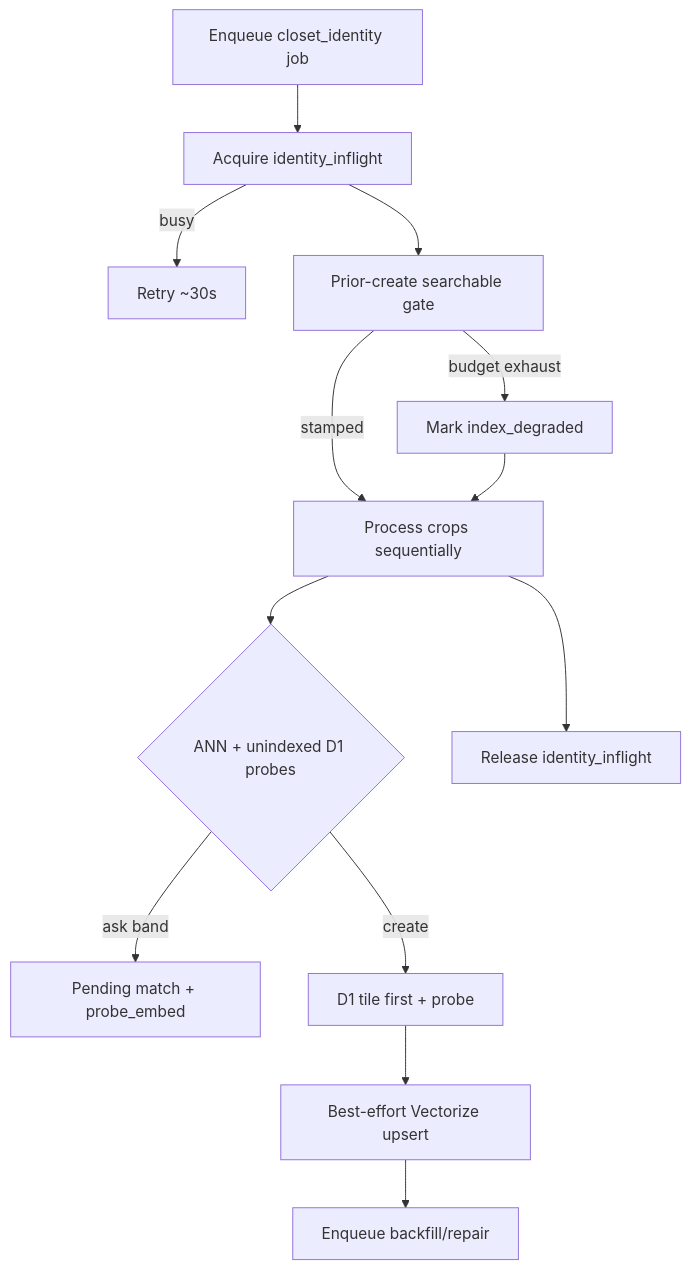
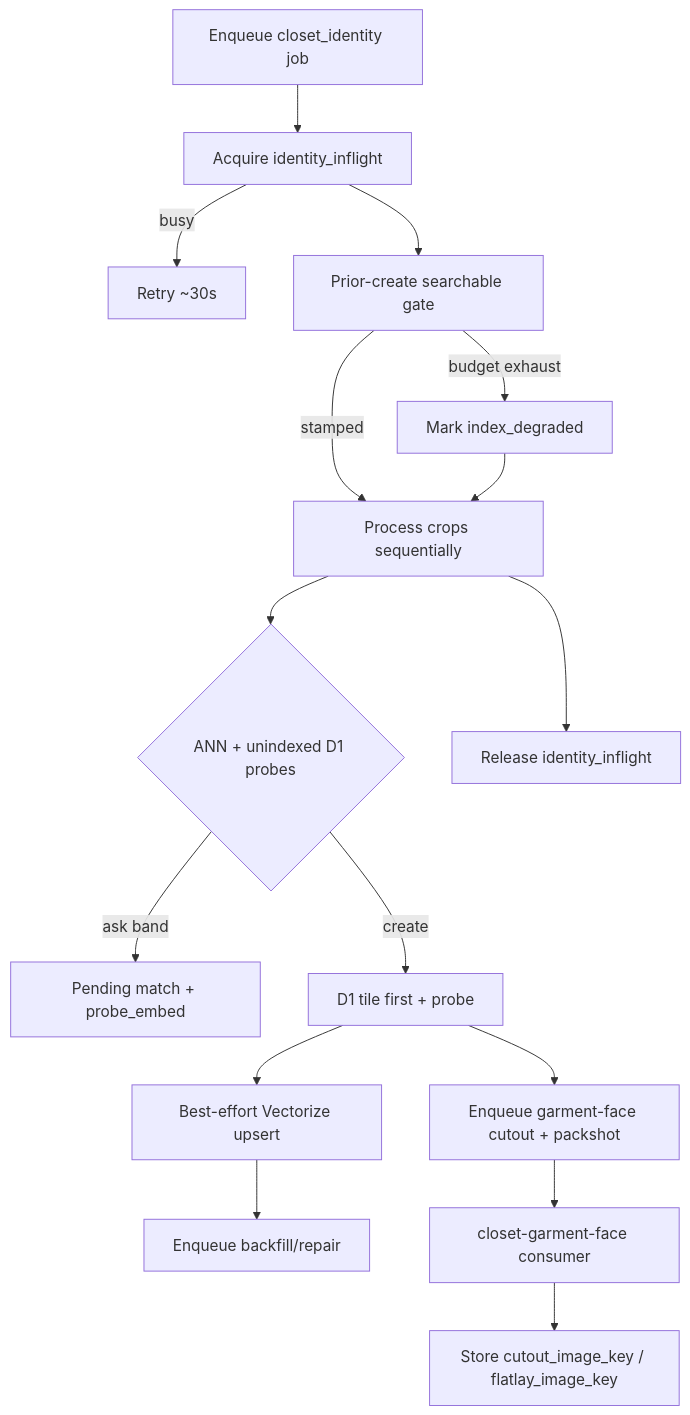
The diagram in docs/outfit_identity_flow.md (Rouche01/stylens-lite-api), drawn with Mermaid before and after one commit. The commit also changed other lines of this file and 9 other files, not shown here.

Commit message:
feat: add generative packshot functionality for garment faces, enhancing closet item processing with new queue integration and improved handling of display faces in outfit identity flow

````diff
--- a/docs/outfit_identity_flow.md
+++ b/docs/outfit_identity_flow.md
@@ -17,15 +21,18 @@
 ```mermaid
 flowchart TD
   A[Enqueue closet_identity job] --> B[Acquire identity_inflight]
   B -->|busy| R[Retry ~30s]
   B --> C[Prior-create searchable gate]
   C -->|budget exhaust| D[Mark index_degraded]
   C -->|stamped| E[Process crops sequentially]
   D --> E
   E --> F{ANN + unindexed D1 probes}
   F -->|ask band| G[Pending match + probe_embed]
   F -->|create| H[D1 tile first + probe]
   H --> I[Best-effort Vectorize upsert]
   I --> J[Enqueue backfill/repair]
+  H --> L[Enqueue garment-face cutout + packshot]
   E --> K[Release identity_inflight]
+  L --> M[closet-garment-face consumer]
+  M --> N[Store cutout_image_key / flatlay_image_key]
 ```
````
